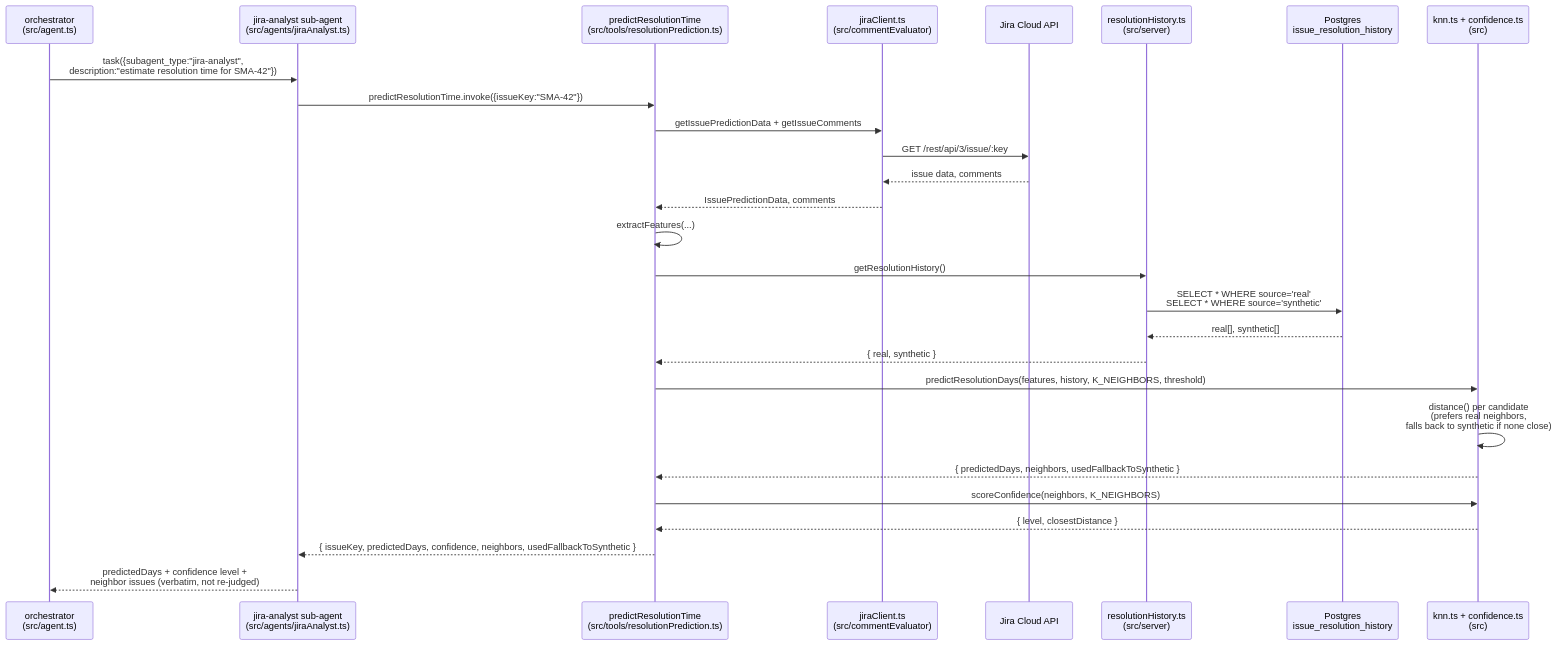
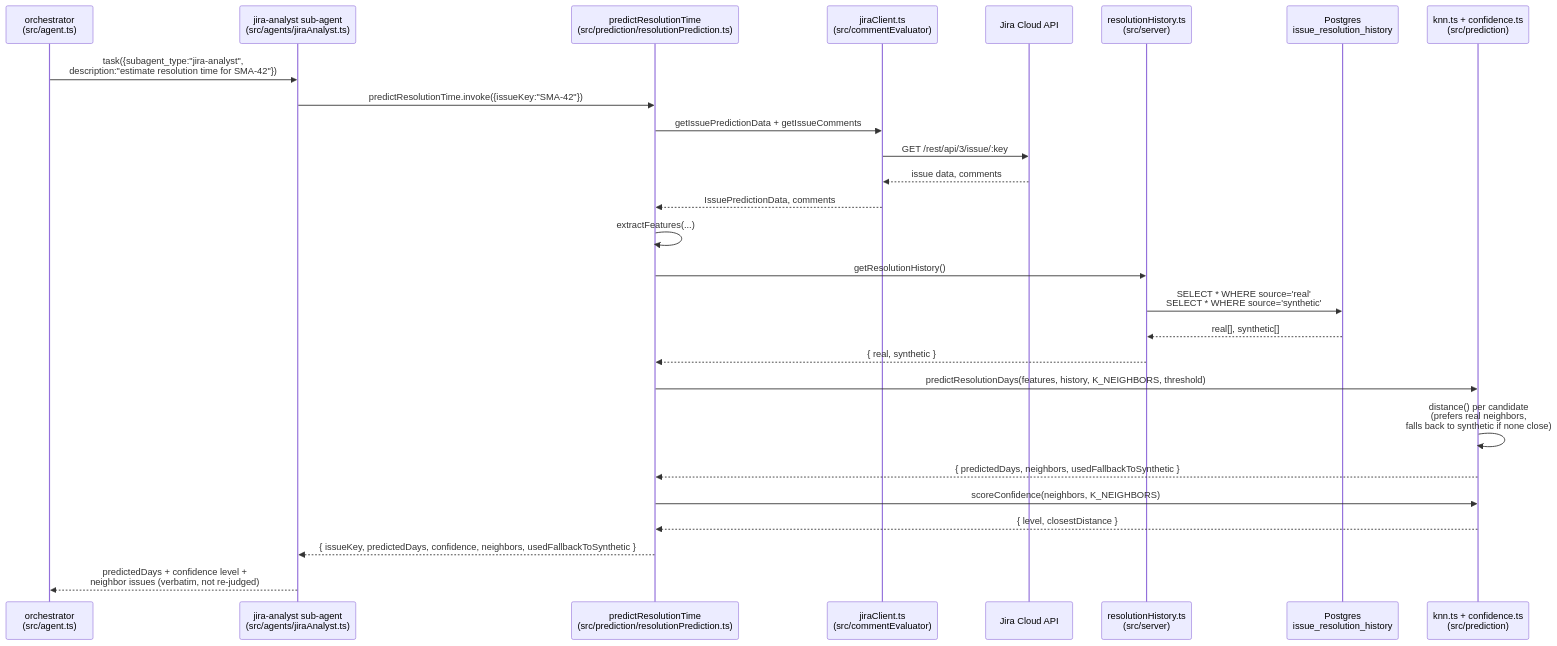
Before and after one commit to nijin-vinodan/sprint-manager: the third of 3 diagrams in docs/sequence-resolution-prediction.md, drawn with Mermaid. The commit also changed other lines of this file and 8 other files, not shown here.

````diff
--- a/docs/sequence-resolution-prediction.md
+++ b/docs/sequence-resolution-prediction.md
@@ -100,30 +100,30 @@
 ```mermaid
 sequenceDiagram
     participant Orchestrator as orchestrator<br/>(src/agent.ts)
     participant JiraAnalyst as jira-analyst sub-agent<br/>(src/agents/jiraAnalyst.ts)
-    participant PredictTool as predictResolutionTime<br/>(src/tools/resolutionPrediction.ts)
+    participant PredictTool as predictResolutionTime<br/>(src/prediction/resolutionPrediction.ts)
     participant JiraClient as jiraClient.ts<br/>(src/commentEvaluator)
     participant Jira as Jira Cloud API
     participant ResolutionHistory as resolutionHistory.ts<br/>(src/server)
     participant DB as Postgres<br/>issue_resolution_history
-    participant KNN as knn.ts + confidence.ts<br/>(src)
+    participant KNN as knn.ts + confidence.ts<br/>(src/prediction)
 
     Orchestrator->>JiraAnalyst: task({subagent_type:"jira-analyst",<br/>description:"estimate resolution time for SMA-42"})
     JiraAnalyst->>PredictTool: predictResolutionTime.invoke({issueKey:"SMA-42"})
     PredictTool->>JiraClient: getIssuePredictionData + getIssueComments
     JiraClient->>Jira: GET /rest/api/3/issue/:key
     Jira-->>JiraClient: issue data, comments
     JiraClient-->>PredictTool: IssuePredictionData, comments
     PredictTool->>PredictTool: extractFeatures(...)
     PredictTool->>ResolutionHistory: getResolutionHistory()
     ResolutionHistory->>DB: SELECT * WHERE source='real'<br/>SELECT * WHERE source='synthetic'
     DB-->>ResolutionHistory: real[], synthetic[]
     ResolutionHistory-->>PredictTool: { real, synthetic }
     PredictTool->>KNN: predictResolutionDays(features, history, K_NEIGHBORS, threshold)
     KNN->>KNN: distance() per candidate<br/>(prefers real neighbors,<br/>falls back to synthetic if none close)
     KNN-->>PredictTool: { predictedDays, neighbors, usedFallbackToSynthetic }
     PredictTool->>KNN: scoreConfidence(neighbors, K_NEIGHBORS)
     KNN-->>PredictTool: { level, closestDistance }
     PredictTool-->>JiraAnalyst: { issueKey, predictedDays, confidence, neighbors, usedFallbackToSynthetic }
     JiraAnalyst-->>Orchestrator: predictedDays + confidence level +<br/>neighbor issues (verbatim, not re-judged)
 ```
````
